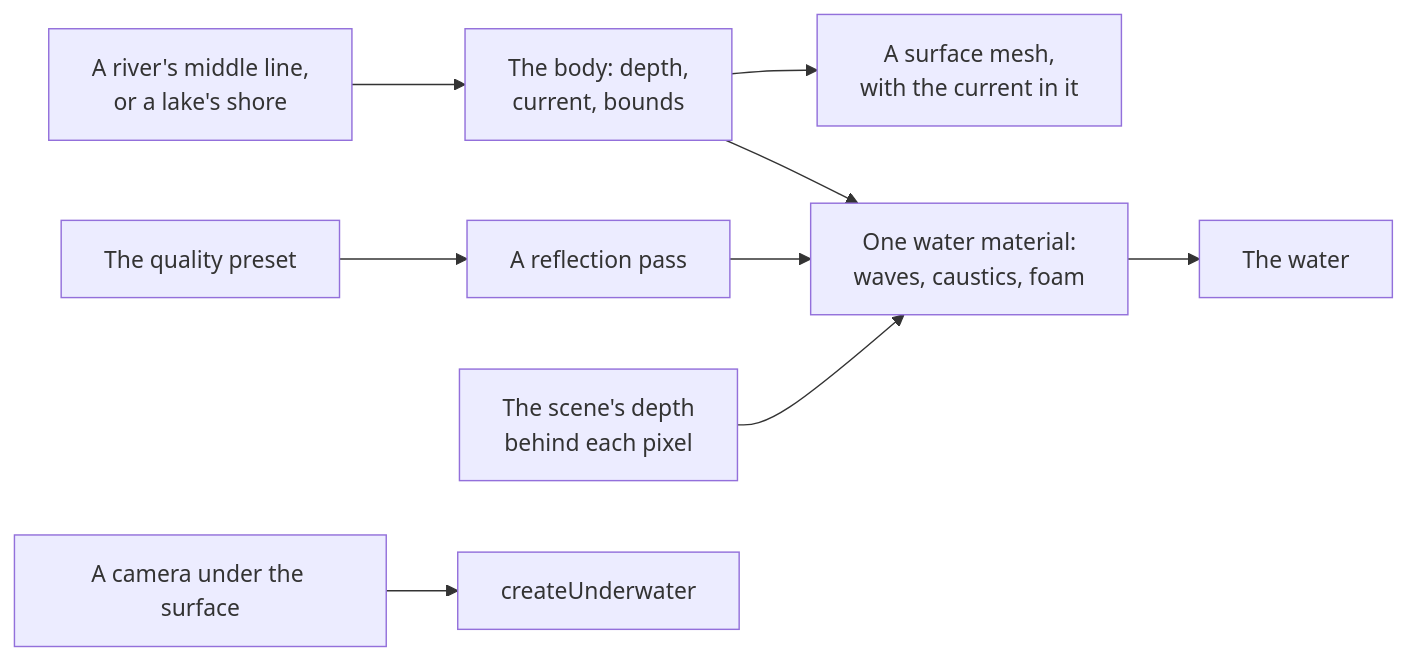
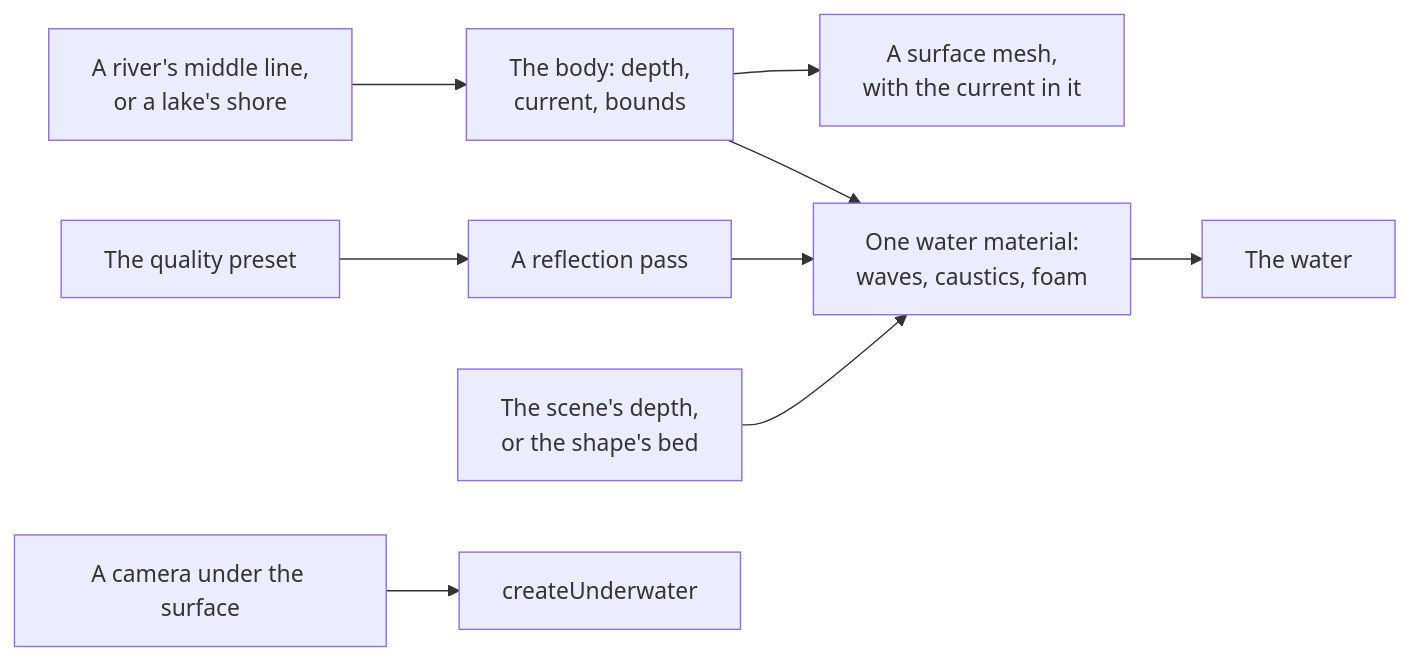
The diagram in docs/api/water.md (null3d-engine/null3d), drawn with Mermaid before and after one commit. The commit also changed other lines of this file and 25 other files, not shown here.

````diff
--- a/docs/api/water.md
+++ b/docs/api/water.md
@@ -13,11 +13,11 @@
 ```mermaid
 flowchart LR
     shape["A river's middle line,<br/>or a lake's shore"] --> body["The body: depth,<br/>current, bounds"]
     body --> mesh["A surface mesh,<br/>with the current in it"]
     body --> material["One water material:<br/>waves, caustics, foam"]
     mirror["A reflection pass"] --> material
-    bed["The scene's depth<br/>behind each pixel"] --> material
+    bed["The scene's depth,<br/>or the shape's bed"] --> material
     material --> screen["The water"]
     preset["The quality preset"] --> mirror
     camera["A camera under the surface"] --> under["createUnderwater"]
 ```
````
